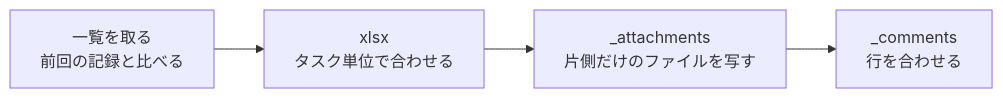
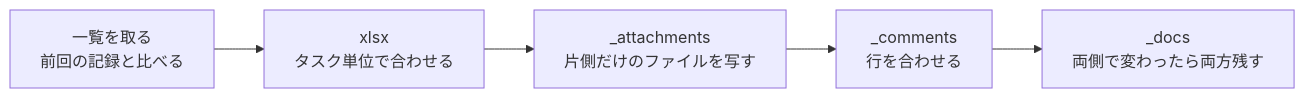
The second of 2 diagrams in docs/internal/architecture.md (kousuke-takeuchi/PowerToDo), drawn with Mermaid before and after one commit. The commit also changed other lines of this file and 6 other files, not shown here.

````diff
--- a/docs/internal/architecture.md
+++ b/docs/internal/architecture.md
@@ -56,6 +56,7 @@
 ```mermaid
 flowchart LR
     plan["一覧を取る<br>前回の記録と比べる"] --> books["xlsx<br>タスク単位で合わせる"]
     books --> blobs["_attachments<br>片側だけのファイルを写す"]
     blobs --> notes["_comments<br>行を合わせる"]
+    notes --> docs["_docs<br>両側で変わったら両方残す"]
 ```
````
